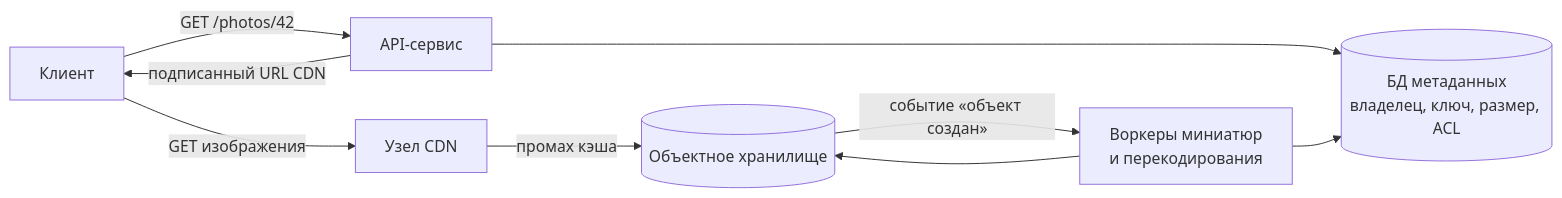
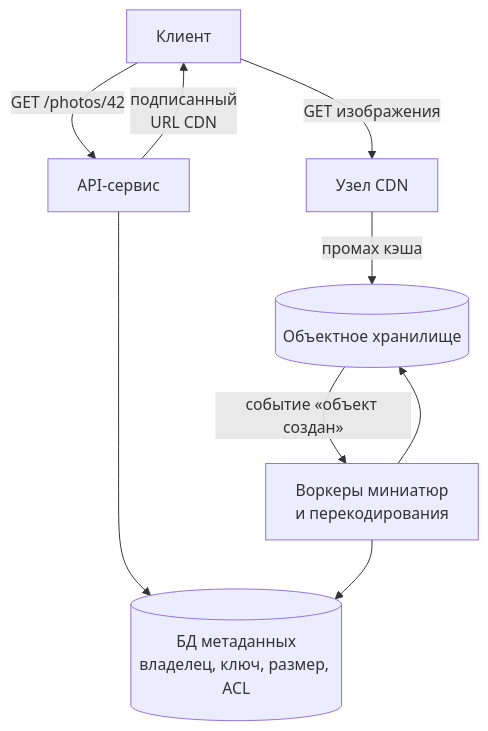
The second of 2 diagrams in src/content/docs/ru/data/object-storage.mdx (butyavk/system-design), drawn with Mermaid before and after one commit. The commit also changed other lines of this file and 144 other files, not shown here.

````diff
--- a/src/content/docs/ru/data/object-storage.mdx
+++ b/src/content/docs/ru/data/object-storage.mdx
@@ -137,11 +137,11 @@
 ```mermaid
-flowchart LR
+flowchart TB
   user["Клиент"] -->|"GET /photos/42"| api["API-сервис"]
   api --> db[("БД метаданных<br/>владелец, ключ, размер, ACL")]
-  api -->|"подписанный URL CDN"| user
+  api -->|"подписанный<br/>URL CDN"| user
   user -->|"GET изображения"| cdn["Узел CDN"]
   cdn -->|"промах кэша"| obj[("Объектное хранилище")]
   obj -->|"событие «объект создан»"| worker["Воркеры миниатюр<br/>и перекодирования"]
   worker --> obj
   worker --> db
 ```
````
